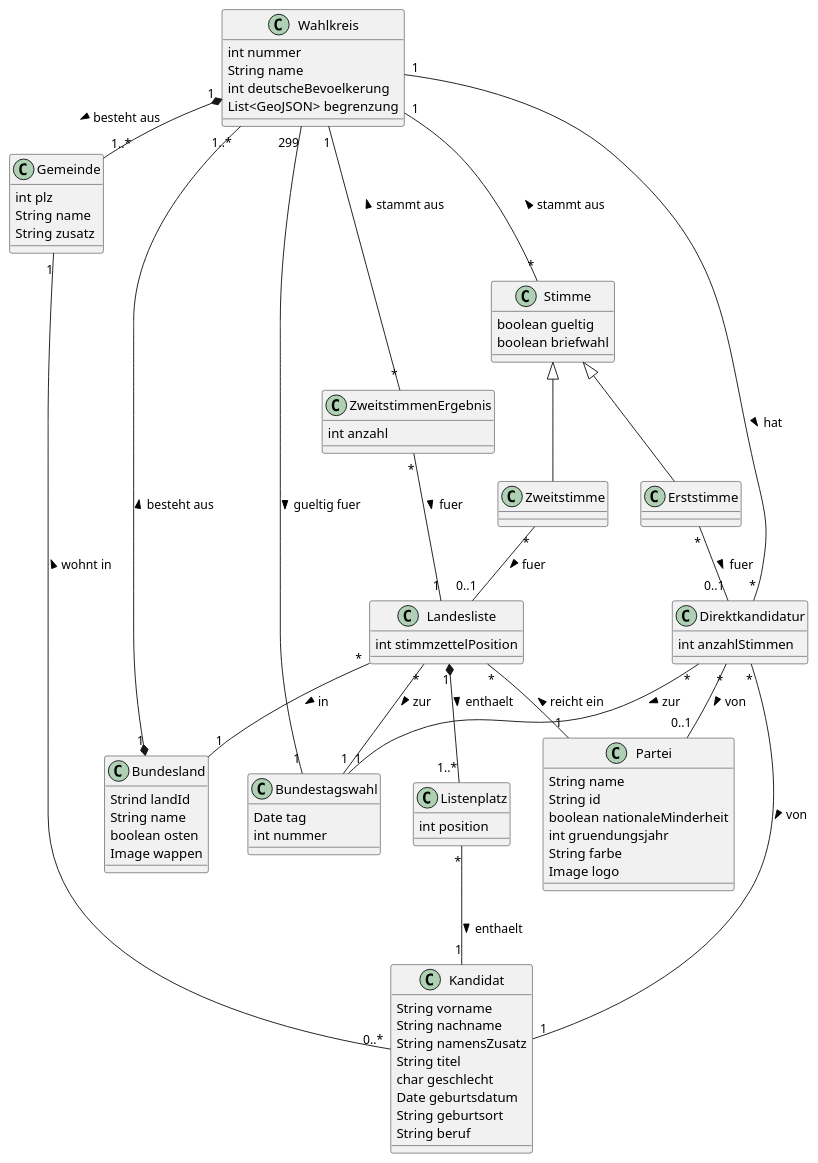
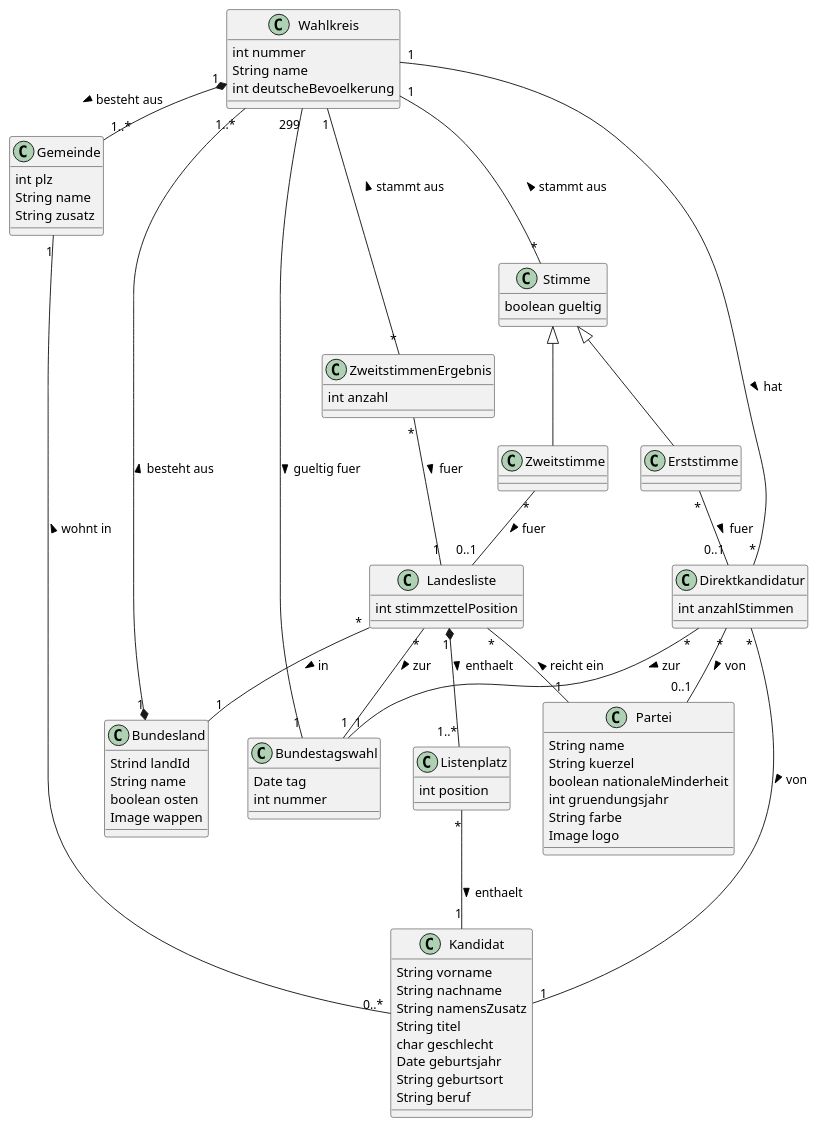
One commit to Toemmsche/database-systems-project-mirror changed the diagram in artifacts/Entwurf.puml. Above: the diagram before and after it, drawn with PlantUML. The commit also changed 4 other files, not shown here.

```diff
--- a/artifacts/Entwurf.puml
+++ b/artifacts/Entwurf.puml
@@ -1,95 +1,93 @@
 @startuml
 class Kandidat {
     String vorname
     String nachname
     String namensZusatz
     String titel
     char geschlecht
-    Date geburtsdatum
+    Date geburtsjahr
     String geburtsort
     String beruf
 }
 
 class Bundesland {
     Strind landId
     String name
     boolean osten
     Image wappen
 }
 
 class Partei {
     String name
-    String id
+    String kuerzel
     boolean nationaleMinderheit
     int gruendungsjahr
     String farbe
     Image logo
 }
 
 class Bundestagswahl{
    Date tag
    int nummer
 }
 
 class Landesliste {
     int stimmzettelPosition
 }
 
 class Listenplatz {
     int position
 }
 
 class Wahlkreis {
     int nummer
     String name
     int deutscheBevoelkerung
-    List<GeoJSON> begrenzung
 }
 
 class Gemeinde {
     int plz
     String name
     String zusatz
 }
 
 class ZweitstimmenErgebnis {
     int anzahl
 }
 
 class Stimme {
     boolean gueltig
-    boolean briefwahl
 }
 
 class Zweitstimme extends Stimme {
 }
 
 class Erststimme extends Stimme {
 }
 
 class Direktkandidatur {
     int anzahlStimmen
 }
 
 Landesliste "*" -- "1" Bundesland : in >
 Landesliste "*" -- "1" Partei : < reicht ein
 Landesliste "*" -- "1" Bundestagswahl: zur >
 
 Landesliste "1" *-- "1..*" Listenplatz : enthaelt >
 Listenplatz "*" -- "1" Kandidat : enthaelt >
 
 Wahlkreis "1..*" --* "1" Bundesland : besteht aus <
 Wahlkreis "1" *-right- "1..*" Gemeinde : besteht aus >
 Wahlkreis "299" -- "1" Bundestagswahl: gueltig fuer >
 Gemeinde "1" -- "0..*" Kandidat: wohnt in <
 Direktkandidatur "*" -- "1" Kandidat : von >
 Direktkandidatur "*" -- "1" Wahlkreis : < hat
 Direktkandidatur "*" -- "0..1" Partei : von >
 Direktkandidatur "*" -- "1" Bundestagswahl: zur >
 
 Erststimme "*" -- "0..1" Direktkandidatur : fuer >
 Zweitstimme "*" -- "0..1" Landesliste : fuer >
 Stimme "*" -up- "1" Wahlkreis : stammt aus >
 ZweitstimmenErgebnis "*" -left- "1" Wahlkreis : stammt aus >
 ZweitstimmenErgebnis "*" -- "1" Landesliste : fuer >
 @enduml
```
